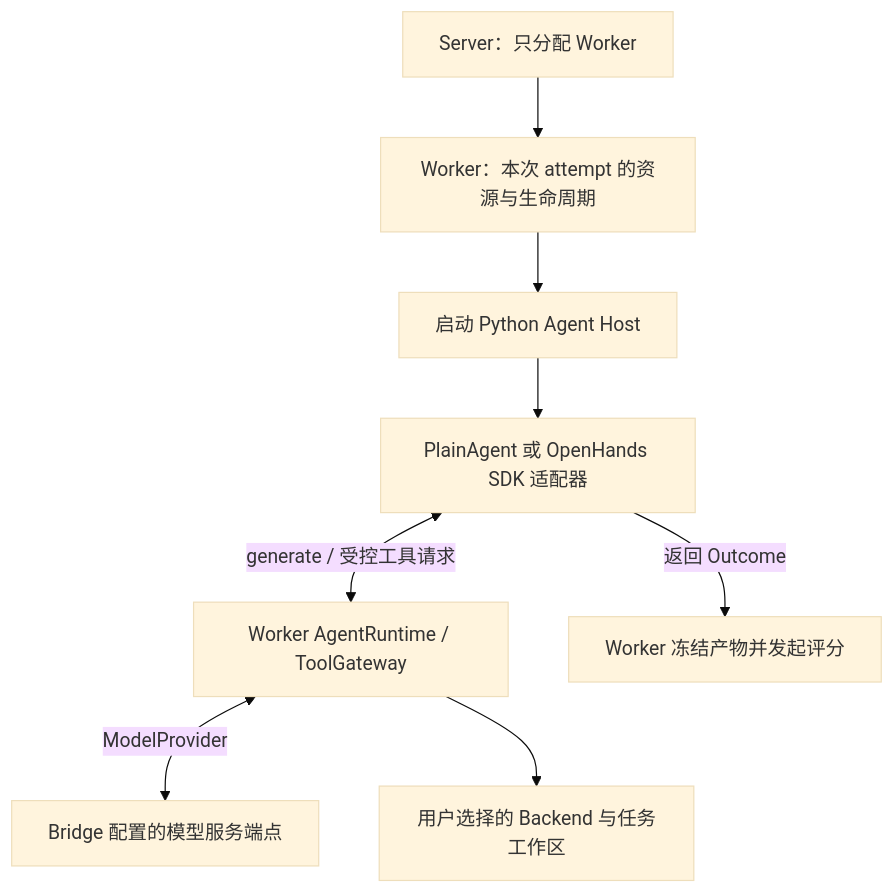
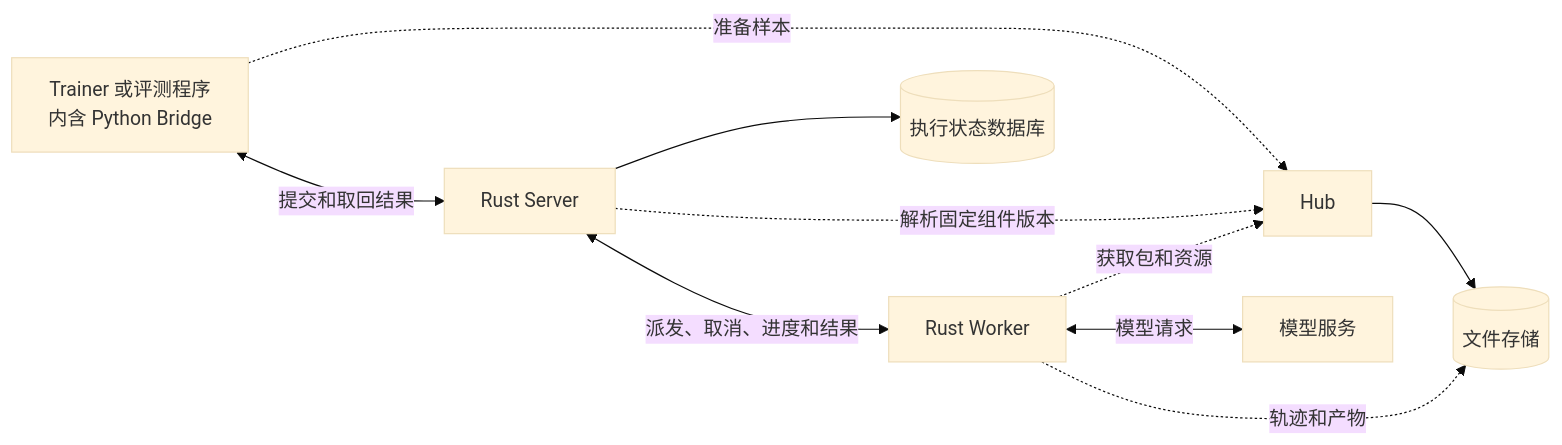
The first of 16 diagrams in docs/uenv_design.md (audreyyan1015/uenv_design), drawn with Mermaid (base theme) before and after one commit. The commit also changed other lines of this file and 9 other files, not shown here.

````diff
--- a/docs/uenv_design.md
+++ b/docs/uenv_design.md
@@ -125,10 +137,12 @@
 ```mermaid
-flowchart TB
-  S[Server：只分配 Worker] --> W[Worker：本次 attempt 的资源与生命周期]
-  W --> R[启动 Python Agent Host]
-  R --> A[PlainAgent 或 OpenHands SDK 适配器]
-  A <-->|generate / 受控工具请求| G[Worker AgentRuntime / ToolGateway]
-  G <-->|ModelProvider| M[Bridge 配置的模型服务端点]
-  G --> D[用户选择的 Backend 与任务工作区]
-  A -->|返回 Outcome| F[Worker 冻结产物并发起评分]
+flowchart LR
+  C[Trainer 或评测程序<br/>内含 Python Bridge] <-->|提交和取回结果| S[Rust Server]
+  S <-->|派发、取消、进度和结果| W[Rust Worker]
+  S --> DB[(执行状态数据库)]
+  C -.->|准备样本| H[Hub]
+  S -.->|解析固定组件版本| H
+  W -.->|获取包和资源| H
+  H --> F[(文件存储)]
+  W -.->|轨迹和产物| F
+  W <-->|模型请求| M[模型服务]
 ```
````
